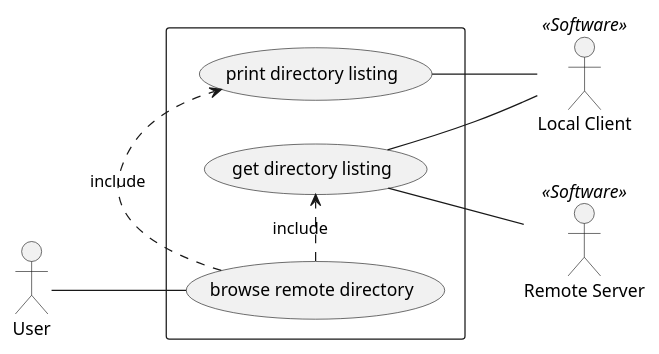
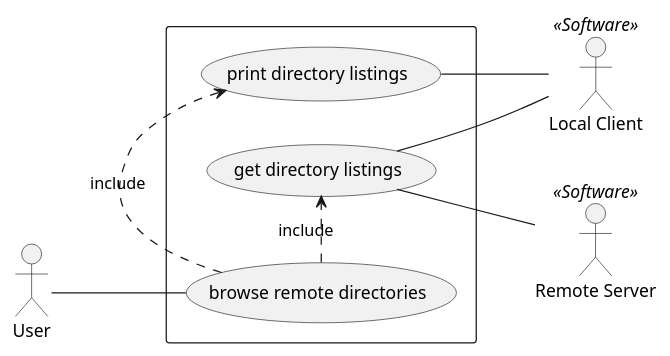
One commit to timlathy/itmo-third-year changed the diagram in System-Programming-Fundamentals-5th-Term/Lab6-TCP/diagrams/usecase.plantuml. Above: the diagram before and after it, drawn with PlantUML. The commit also changed 4 other files, not shown here.

```diff
--- a/System-Programming-Fundamentals-5th-Term/Lab6-TCP/diagrams/usecase.plantuml
+++ b/System-Programming-Fundamentals-5th-Term/Lab6-TCP/diagrams/usecase.plantuml
@@ -1,18 +1,18 @@
 @startuml
 
 left to right direction
 
 actor User as user
 actor "Local Client" <<Software>> as client
 actor "Remote Server" <<Software>> as server
 
 rectangle {
-  user -- (browse remote directory)
-  (browse remote directory) .> (print directory listing) : include
-  (print directory listing) -- client
-  (browse remote directory) .> (get directory listing) : include
-  (get directory listing) -- client
-  (get directory listing) -- server
+  user -- (browse remote directories)
+  (browse remote directories) .> (print directory listings) : include
+  (print directory listings) -- client
+  (browse remote directories) .> (get directory listings) : include
+  (get directory listings) -- client
+  (get directory listings) -- server
 }
 
 @enduml
```
